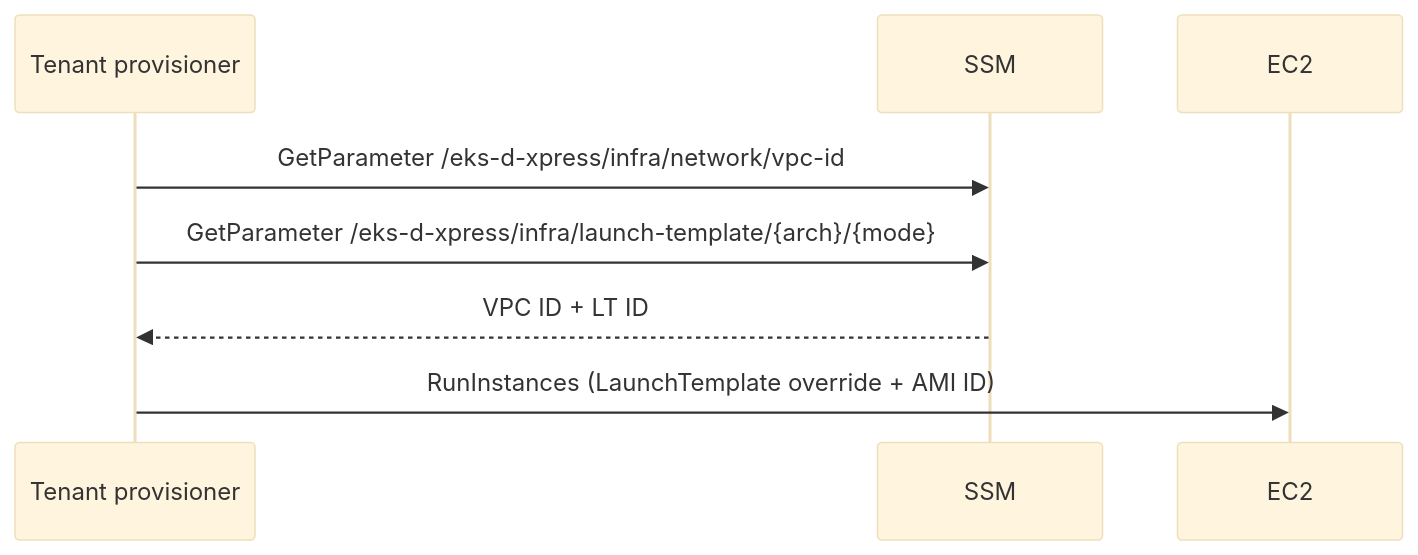
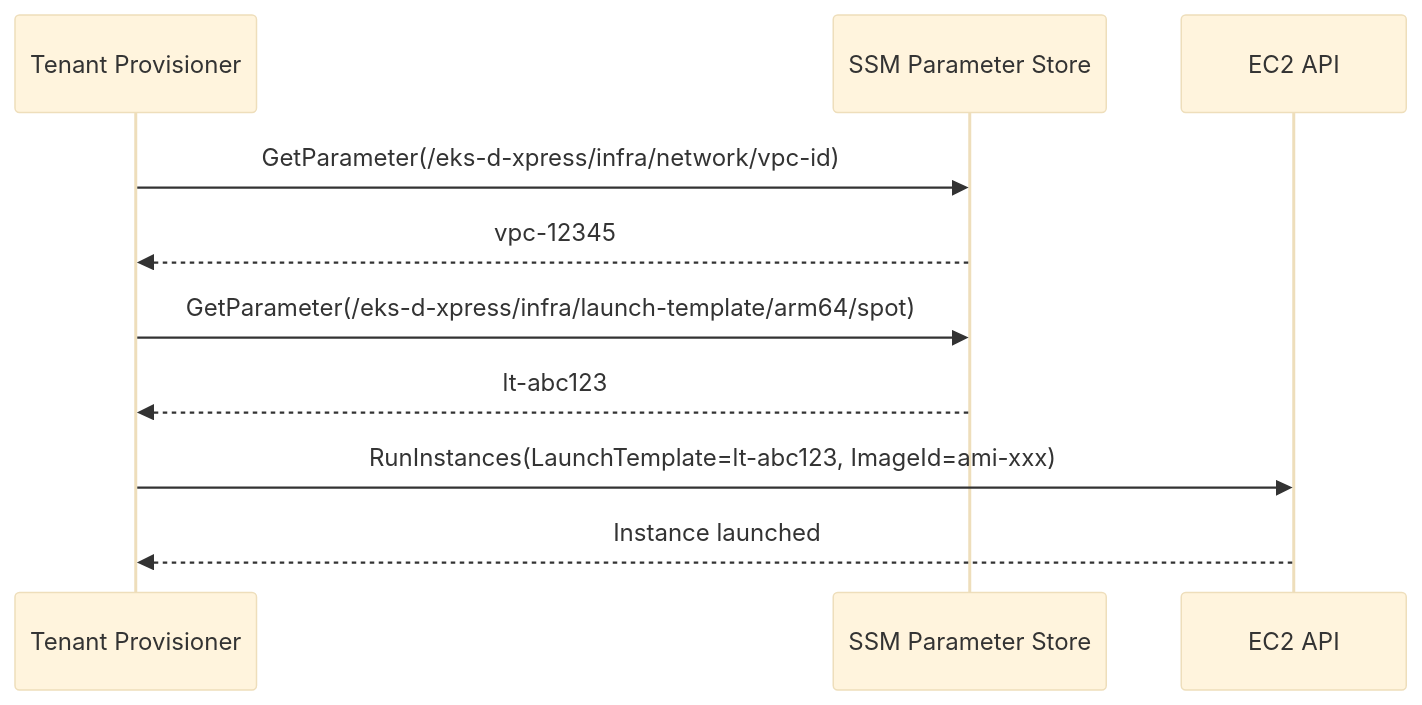
The fourth of 4 diagrams in .agents/summary/workflows.md (codriverlabs/express-compute-managed-k8s-infra), drawn with Mermaid (base theme) before and after one commit. The commit also changed other lines of this file and 9 other files, not shown here.

````diff
--- a/.agents/summary/workflows.md
+++ b/.agents/summary/workflows.md
@@ -61,11 +68,13 @@
 ```mermaid
 sequenceDiagram
-    participant Tenant as Tenant provisioner
-    participant SSM
-    participant EC2
+    participant Tenant as Tenant Provisioner
+    participant SSM as SSM Parameter Store
+    participant EC2 as EC2 API
 
-    Tenant->>SSM: GetParameter /eks-d-xpress/infra/network/vpc-id
-    Tenant->>SSM: GetParameter /eks-d-xpress/infra/launch-template/{arch}/{mode}
-    SSM-->>Tenant: VPC ID + LT ID
-    Tenant->>EC2: RunInstances (LaunchTemplate override + AMI ID)
+    Tenant->>SSM: GetParameter(/eks-d-xpress/infra/network/vpc-id)
+    SSM-->>Tenant: vpc-12345
+    Tenant->>SSM: GetParameter(/eks-d-xpress/infra/launch-template/arm64/spot)
+    SSM-->>Tenant: lt-abc123
+    Tenant->>EC2: RunInstances(LaunchTemplate=lt-abc123, ImageId=ami-xxx)
+    EC2-->>Tenant: Instance launched
 ```
````
